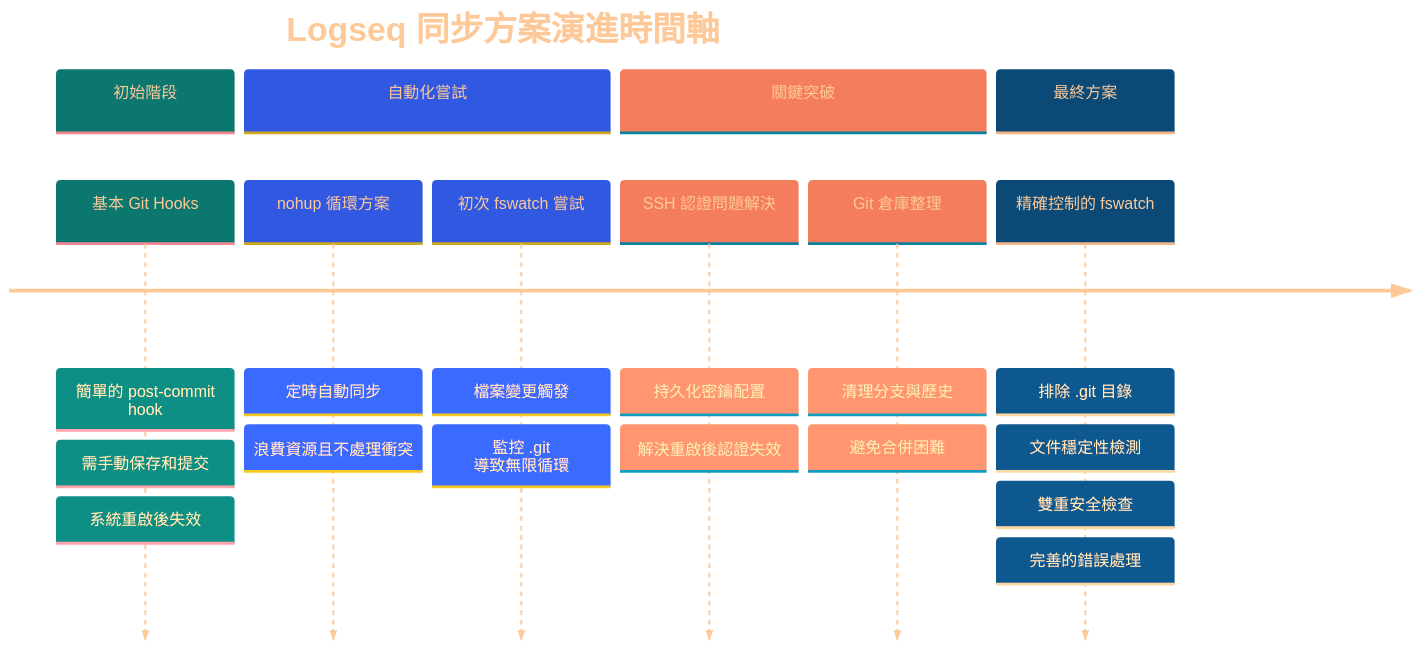
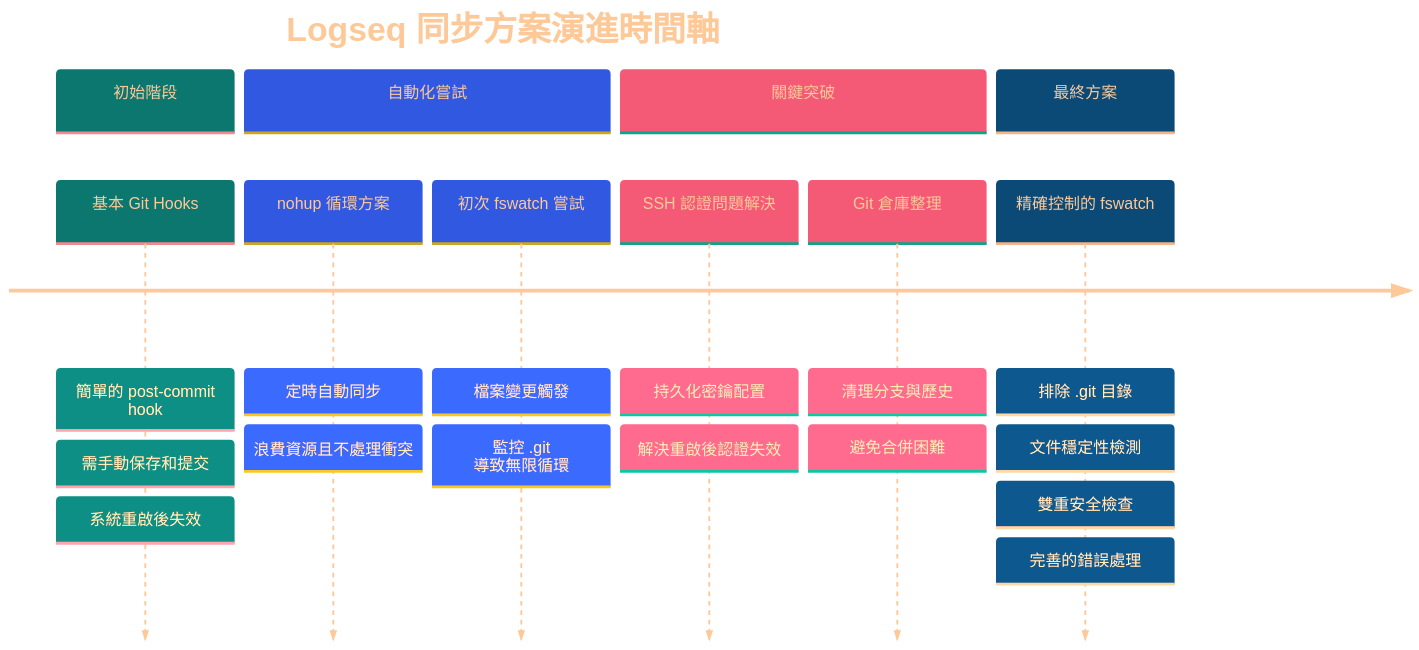
Before and after one commit to GengGeng026/Sync-Logseq: the first of 2 diagrams in Logseq同步方案演進記錄.md, drawn with Mermaid.

Commit message:
Auto-sync: Wed Mar 26 10:13:20 +08 2025

````diff
--- a/Logseq同步方案演進記錄.md
+++ b/Logseq同步方案演進記錄.md
@@ -24,38 +24,38 @@
 ```mermaid
 %%{init: {
   'theme': 'base', 
   'themeVariables': {
     'primaryTextColor': '#FEC999',
     'primaryColor': '#19E9D9',
     'secondaryColor': '#A0B2F1',
-    'tertiaryColor': '#FCDDD5',
+    'tertiaryColor': '#FCD1D9',
     'primaryBorderColor': '#A9D9D9',
     'background': 'transparent',
     'clusterBkg': 'transparent',
     'fontFamily': 'default',
     'fontSize': '17px',
     'fontWeight': 'normal'
   }
 }}%%
 timeline
     title Logseq 同步方案演進時間軸
     section 初始階段
         基本 Git Hooks : 簡單的 post-commit hook
         : 需手動保存和提交
         : 系統重啟後失效
     section 自動化嘗試
         nohup 循環方案 : 定時自動同步
         : 浪費資源且不處理衝突
         初次 fswatch 嘗試 : 檔案變更觸發
         : 監控 .git 導致無限循環
     section 關鍵突破
         SSH 認證問題解決 : 持久化密鑰配置
         : 解決重啟後認證失效
         Git 倉庫整理 : 清理分支與歷史
         : 避免合併困難
     section 最終方案
         精確控制的 fswatch : 排除 .git 目錄
         : 文件穩定性檢測
         : 雙重安全檢查
         : 完善的錯誤處理
 ```
````
